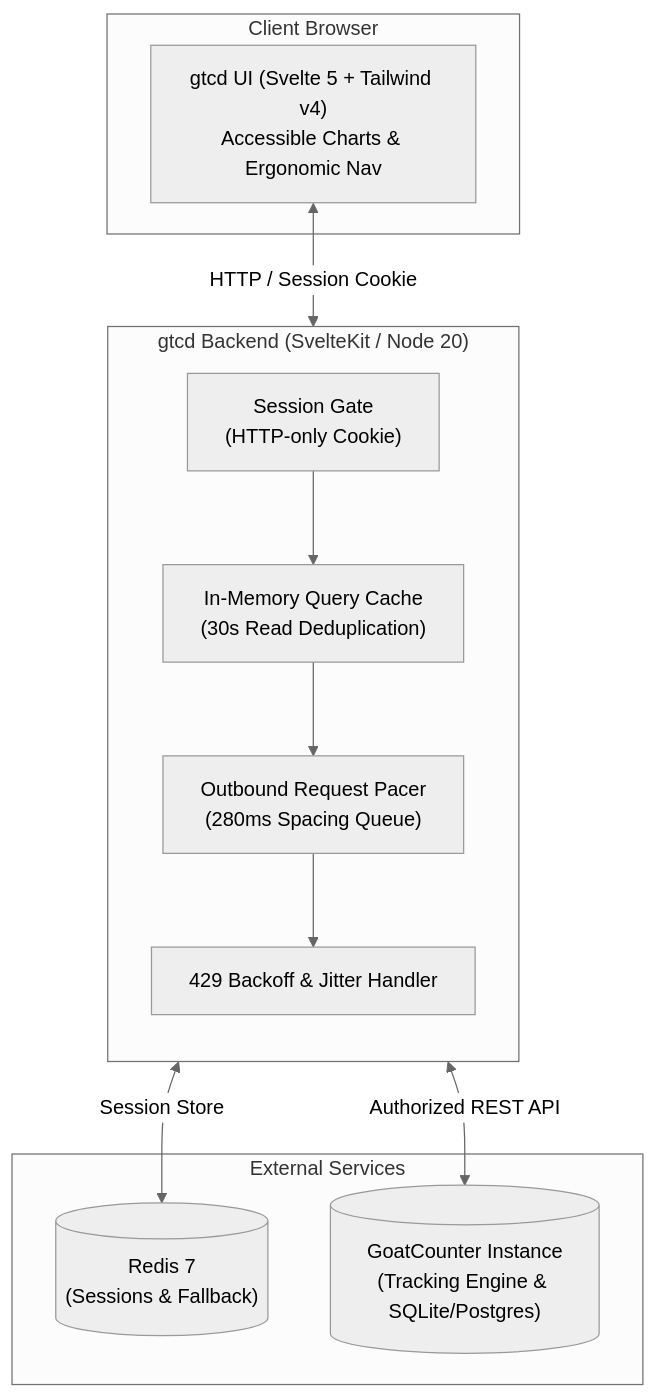
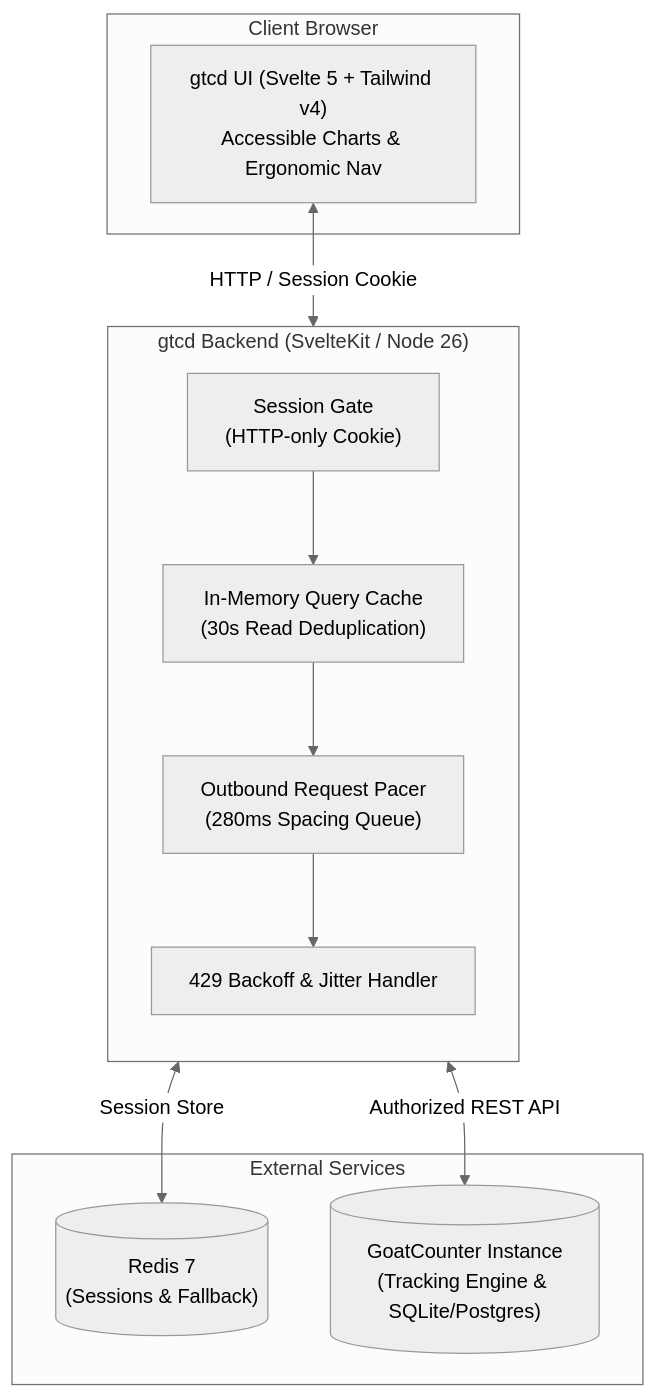
The diagram in README.md (haikelz/gtcd), drawn with Mermaid (neutral theme) before and after one commit. The commit also changed other lines of this file and 1 other file, not shown here.

Commit message:
build: bump node runtime to 26 and update project documentation

````diff
--- a/README.md
+++ b/README.md
@@ -38,26 +38,26 @@
 ```mermaid
 flowchart TD
     subgraph Client["Client Browser"]
         UI["gtcd UI (Svelte 5 + Tailwind v4)<br/>Accessible Charts & Ergonomic Nav"]
     end
 
-    subgraph Backend["gtcd Backend (SvelteKit / Node 20)"]
+    subgraph Backend["gtcd Backend (SvelteKit / Node 26)"]
         direction TB
         Auth["Session Gate<br/>(HTTP-only Cookie)"]
         Cache["In-Memory Query Cache<br/>(30s Read Deduplication)"]
         Pacer["Outbound Request Pacer<br/>(280ms Spacing Queue)"]
         Backoff["429 Backoff & Jitter Handler"]
     end
 
     subgraph Storage["External Services"]
         Redis[("Redis 7<br/>(Sessions & Fallback)")]
         GC[("GoatCounter Instance<br/>(Tracking Engine & SQLite/Postgres)")]
     end
 
     UI <-->|HTTP / Session Cookie| Auth
     Auth <-->|Session Store| Redis
     Auth --> Cache
     Cache --> Pacer
     Pacer --> Backoff
     Backoff <-->|Authorized REST API| GC
 ```
````
